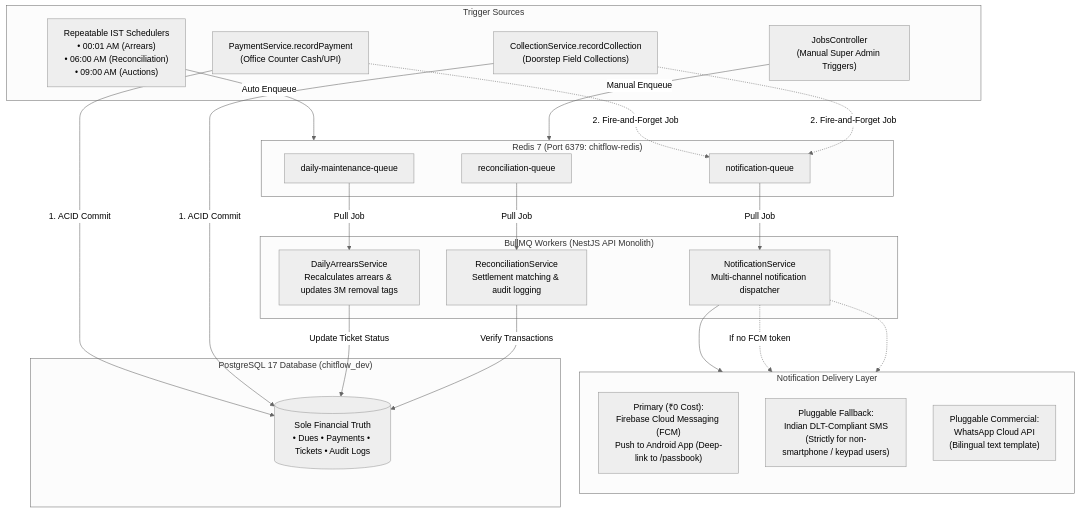
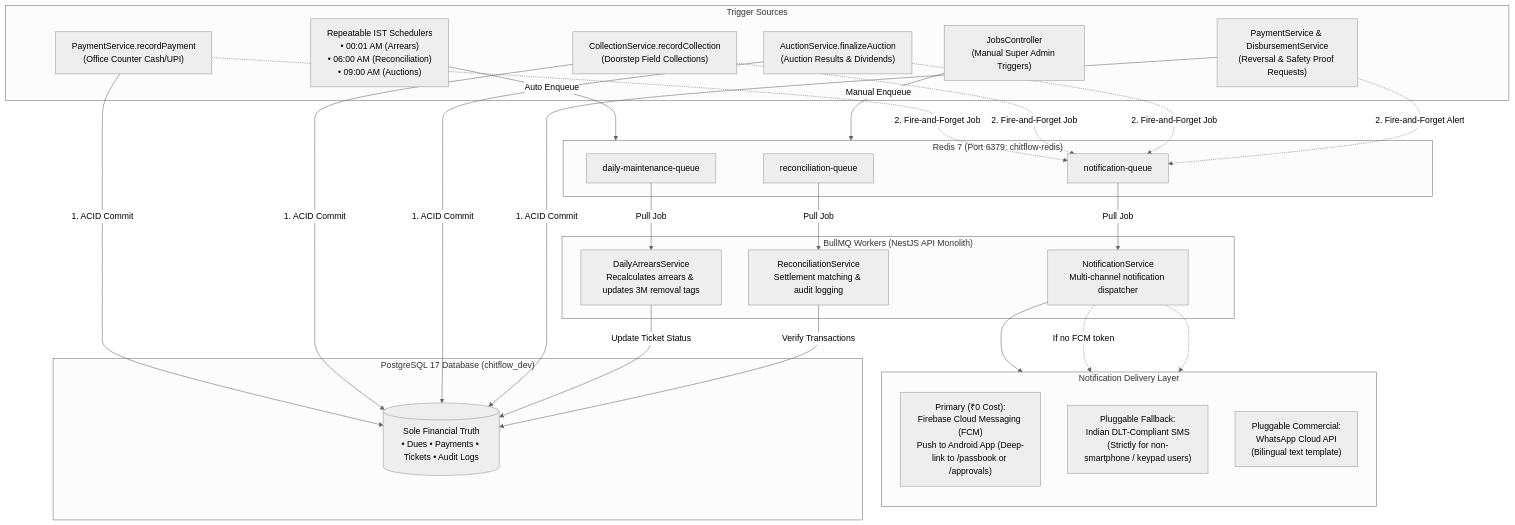
Before and after one commit to Kathir-24/Kumaran-finance: the first of 2 diagrams in docs/03-architecture/bullmq-architecture.md, drawn with Mermaid (neutral theme). The commit also changed other lines of this file and 3 other files, not shown here.

````diff
--- a/docs/03-architecture/bullmq-architecture.md
+++ b/docs/03-architecture/bullmq-architecture.md
@@ -28,49 +29,55 @@
 ```mermaid
 flowchart TD
     subgraph TRIGGERS ["Trigger Sources"]
         Cron["Repeatable IST Schedulers\n• 00:01 AM (Arrears)\n• 06:00 AM (Reconciliation)\n• 09:00 AM (Auctions)"]
         CounterPay["PaymentService.recordPayment\n(Office Counter Cash/UPI)"]
         FieldPay["CollectionService.recordCollection\n(Doorstep Field Collections)"]
+        AuctionFinalize["AuctionService.finalizeAuction\n(Auction Results & Dividends)"]
+        Approvals["PaymentService & DisbursementService\n(Reversal & Safety Proof Requests)"]
         AdminAPI["JobsController\n(Manual Super Admin Triggers)"]
     end
 
     subgraph REDIS_BROKER ["Redis 7 (Port 6379: chitflow-redis)"]
         Q1["daily-maintenance-queue"]
         Q2["reconciliation-queue"]
         Q3["notification-queue"]
     end
 
     subgraph WORKERS ["BullMQ Workers (NestJS API Monolith)"]
         W1["DailyArrearsService\nRecalculates arrears & updates 3M removal tags"]
         W2["ReconciliationService\nSettlement matching & audit logging"]
         W3["NotificationService\nMulti-channel notification dispatcher"]
     end
 
     subgraph CHANNELS ["Notification Delivery Layer"]
         direction TB
-        FCM["Primary (₹0 Cost):\nFirebase Cloud Messaging (FCM)\nPush to Android App (Deep-link to /passbook)"]
+        FCM["Primary (₹0 Cost):\nFirebase Cloud Messaging (FCM)\nPush to Android App (Deep-link to /passbook or /approvals)"]
         SMS["Pluggable Fallback:\nIndian DLT-Compliant SMS\n(Strictly for non-smartphone / keypad users)"]
         WA["Pluggable Commercial:\nWhatsApp Cloud API\n(Bilingual text template)"]
     end
 
     subgraph PG_AUTHORITY ["PostgreSQL 17 Database (chitflow_dev)"]
         PG[("Sole Financial Truth\n• Dues • Payments • Tickets • Audit Logs")]
     end
 
     Cron -->|Auto Enqueue| REDIS_BROKER
     CounterPay -->|1. ACID Commit| PG
     CounterPay -.->|2. Fire-and-Forget Job| Q3
     FieldPay -->|1. ACID Commit| PG
     FieldPay -.->|2. Fire-and-Forget Job| Q3
+    AuctionFinalize -->|1. ACID Commit| PG
+    AuctionFinalize -.->|2. Fire-and-Forget Job| Q3
+    Approvals -->|1. ACID Commit| PG
+    Approvals -.->|2. Fire-and-Forget Alert| Q3
     AdminAPI -->|Manual Enqueue| REDIS_BROKER
 
     Q1 -->|Pull Job| W1
     Q2 -->|Pull Job| W2
     Q3 -->|Pull Job| W3
 
     W1 -->|Update Ticket Status| PG
     W2 -->|Verify Transactions| PG
     W3 --> FCM
     W3 -.->|If no FCM token| SMS
     W3 -.-> WA
 ```
````
